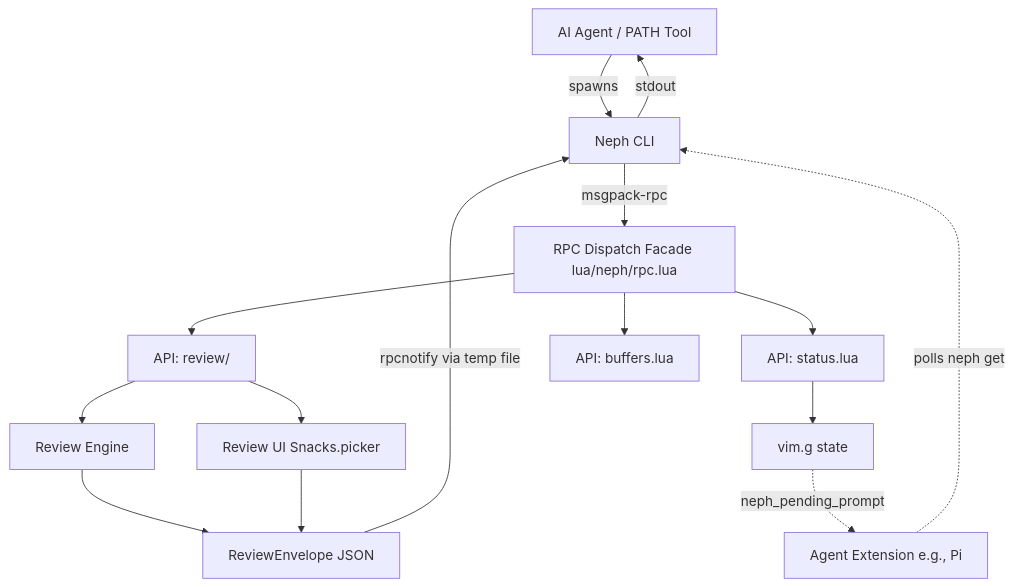
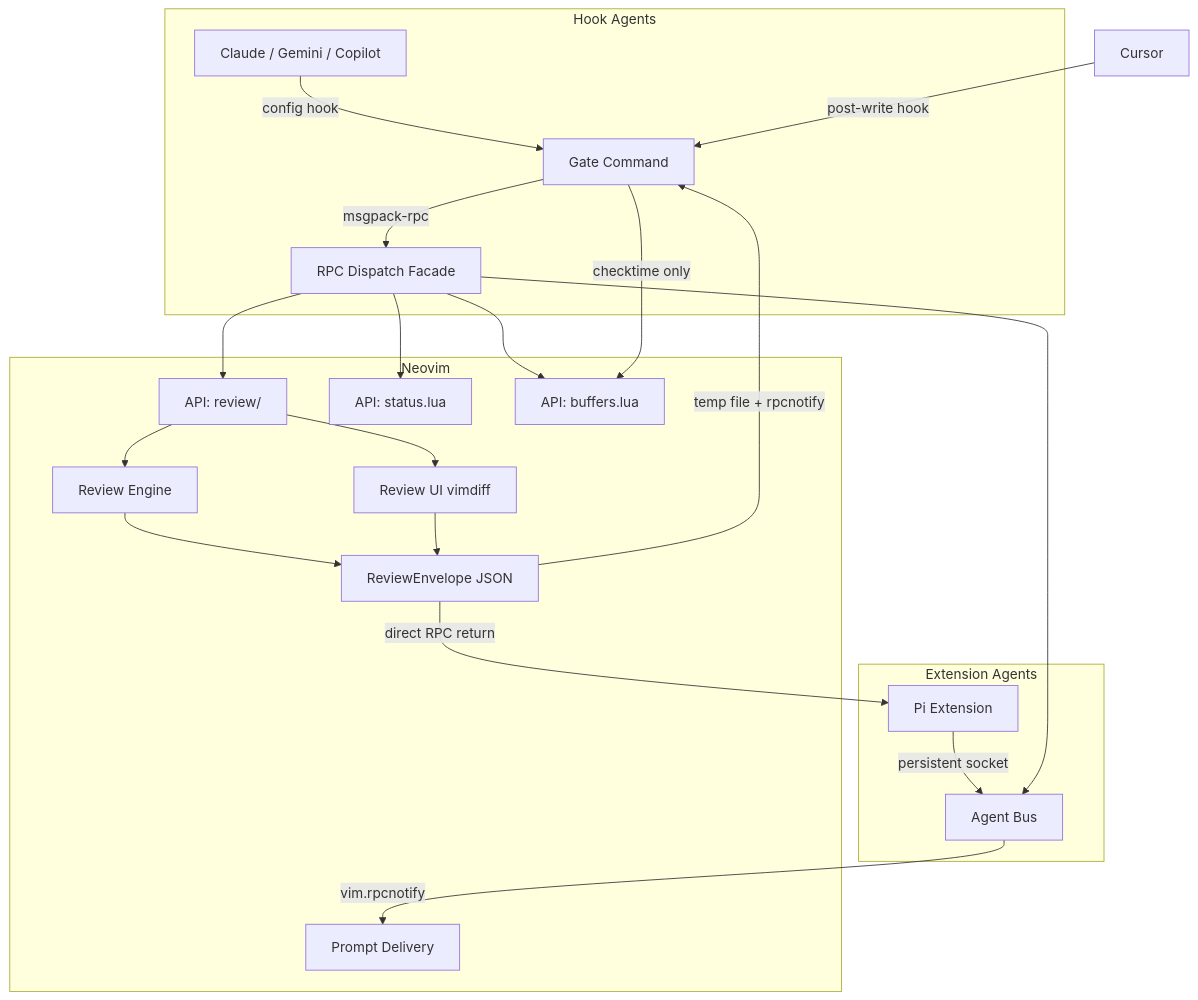
Before and after one commit to roshbhatia/neph.nvim: the diagram in docs/architecture.md, drawn with Mermaid. The commit also changed other lines of this file and 4 other files, not shown here.

First line of the commit message:
docs: update architecture, protocol, testing, and recipes for current state

````diff
--- a/docs/architecture.md
+++ b/docs/architecture.md
@@ -34,23 +50,31 @@
 ```mermaid
 graph TD
-    Agent[AI Agent / PATH Tool] -->|spawns| CLI[Neph CLI]
-    Ext[Agent Extension e.g., Pi] -.->|polls neph get| CLI
+    subgraph Extension Agents
+        Pi[Pi Extension] -->|persistent socket| Bus[Agent Bus]
+    end
 
-    CLI -->|msgpack-rpc| RPC[RPC Dispatch Facade lua/neph/rpc.lua]
+    subgraph Hook Agents
+        Claude[Claude / Gemini / Copilot] -->|config hook| Gate[Gate Command]
+        Gate -->|msgpack-rpc| RPC
+    end
 
-    RPC --> API_Review[API: review/]
-    RPC --> API_Status[API: status.lua]
-    RPC --> API_Buffers[API: buffers.lua]
+    subgraph Neovim
+        Bus -->|vim.rpcnotify| Prompt[Prompt Delivery]
+        RPC[RPC Dispatch Facade] --> API_Review[API: review/]
+        RPC --> API_Status[API: status.lua]
+        RPC --> API_Buffers[API: buffers.lua]
+        RPC --> Bus
 
-    API_Review --> Engine[Review Engine]
-    API_Review --> UI[Review UI Snacks.picker]
+        API_Review --> Engine[Review Engine]
+        API_Review --> ReviewUI[Review UI vimdiff]
 
-    Engine --> Envelope[ReviewEnvelope JSON]
-    UI --> Envelope
-    Envelope -->|rpcnotify via temp file| CLI
+        Engine --> Envelope[ReviewEnvelope JSON]
+        ReviewUI --> Envelope
+    end
 
-    API_Status --> State[vim.g state]
-    State -.->|neph_pending_prompt| Ext
+    Envelope -->|temp file + rpcnotify| Gate
+    Envelope -->|direct RPC return| Pi
 
-    CLI -->|stdout| Agent
+    Cursor[Cursor] -->|post-write hook| Gate
+    Gate -->|checktime only| API_Buffers
 ```
````
